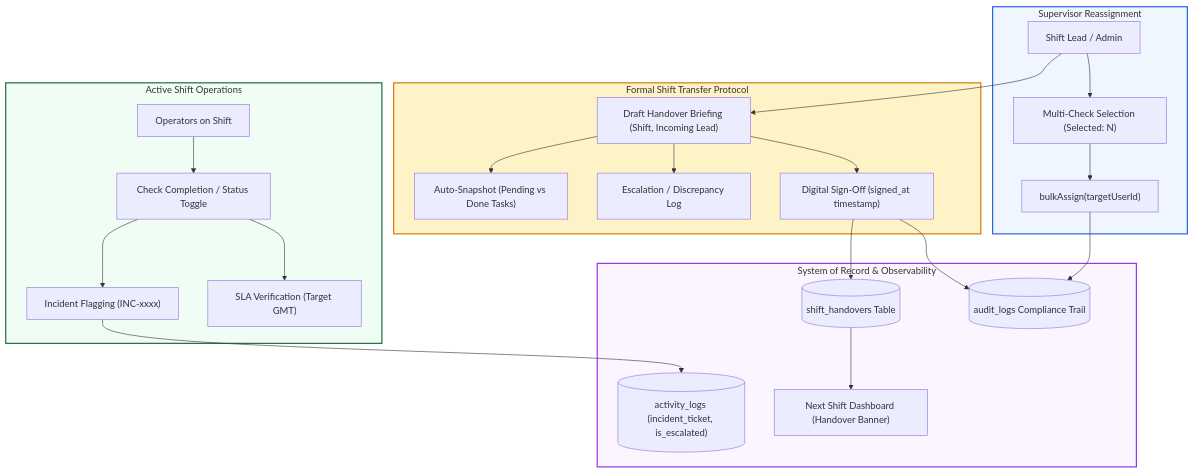
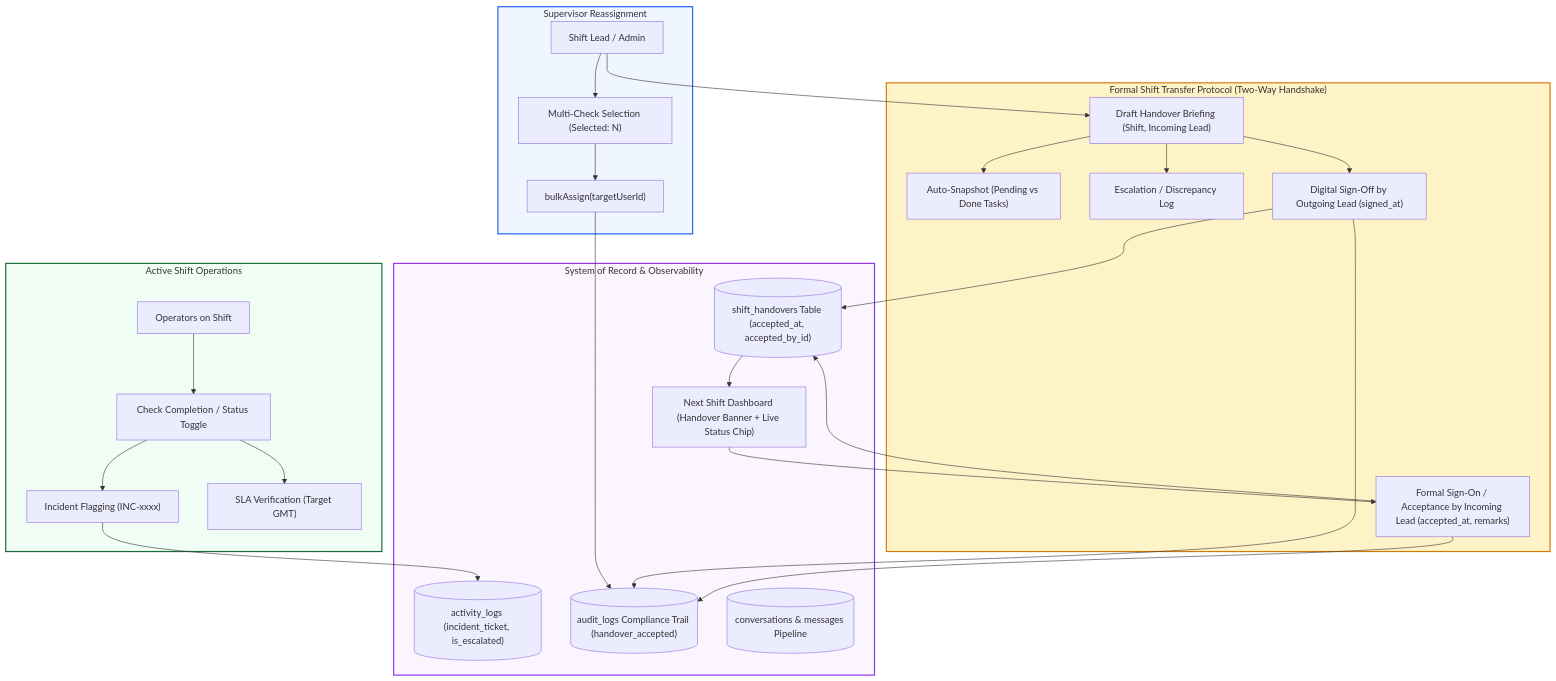
The tenth of 11 diagrams in docs/architecture.md (mhiskall282/npontu-technologies-sre), drawn with Mermaid before and after one commit. The commit also changed other lines of this file and 25 other files, not shown here.

Commit message:
feat(sre): shift handover sign-on acceptance, operational messaging pipeline, and granular user privileges

````diff
--- a/docs/architecture.md
+++ b/docs/architecture.md
@@ -451,51 +493,57 @@
 ```mermaid
 flowchart TD
     subgraph ShiftExecution["Active Shift Operations"]
         OPS["Operators on Shift"]
         CHECK["Check Completion / Status Toggle"]
         ESC["Incident Flagging (INC-xxxx)"]
         SLA["SLA Verification (Target GMT)"]
     end
 
     subgraph BatchDelegation["Supervisor Reassignment"]
         LEAD["Shift Lead / Admin"]
         MULTI["Multi-Check Selection (Selected: N)"]
         BULK["bulkAssign(targetUserId)"]
     end
 
-    subgraph HandoverSignOff["Formal Shift Transfer Protocol"]
+    subgraph HandoverSignOff["Formal Shift Transfer Protocol (Two-Way Handshake)"]
         DRAFT["Draft Handover Briefing (Shift, Incoming Lead)"]
         STATS["Auto-Snapshot (Pending vs Done Tasks)"]
         INC_NOTES["Escalation / Discrepancy Log"]
-        SIGN["Digital Sign-Off (signed_at timestamp)"]
+        SIGN["Digital Sign-Off by Outgoing Lead (signed_at)"]
+        ACCEPT["Formal Sign-On / Acceptance by Incoming Lead (accepted_at, remarks)"]
     end
 
     subgraph ShiftStore["System of Record & Observability"]
-        SH[("shift_handovers Table")]
+        SH[("shift_handovers Table (accepted_at, accepted_by_id)")]
         AL[("activity_logs (incident_ticket, is_escalated)")]
-        AUD[("audit_logs Compliance Trail")]
-        BOARD["Next Shift Dashboard (Handover Banner)"]
+        AUD[("audit_logs Compliance Trail (handover_accepted)")]
+        BOARD["Next Shift Dashboard (Handover Banner + Live Status Chip)"]
+        COMMS[("conversations & messages Pipeline")]
     end
 
     OPS --> CHECK
     CHECK --> ESC
     CHECK --> SLA
     ESC --> AL
 
     LEAD --> MULTI
     MULTI --> BULK
     BULK --> AUD
 
     LEAD --> DRAFT
     DRAFT --> STATS
     DRAFT --> INC_NOTES
     DRAFT --> SIGN
     SIGN --> SH
     SIGN --> AUD
     SH --> BOARD
 
+    BOARD --> ACCEPT
+    ACCEPT --> SH
+    ACCEPT --> AUD
+
     style ShiftExecution fill:#f0fdf4,stroke:#1B6B3A,stroke-width:2px
     style BatchDelegation fill:#eff6ff,stroke:#2563eb,stroke-width:2px
     style HandoverSignOff fill:#fef3c7,stroke:#d97706,stroke-width:2px
     style ShiftStore fill:#faf5ff,stroke:#9333ea,stroke-width:2px
 ```
````
